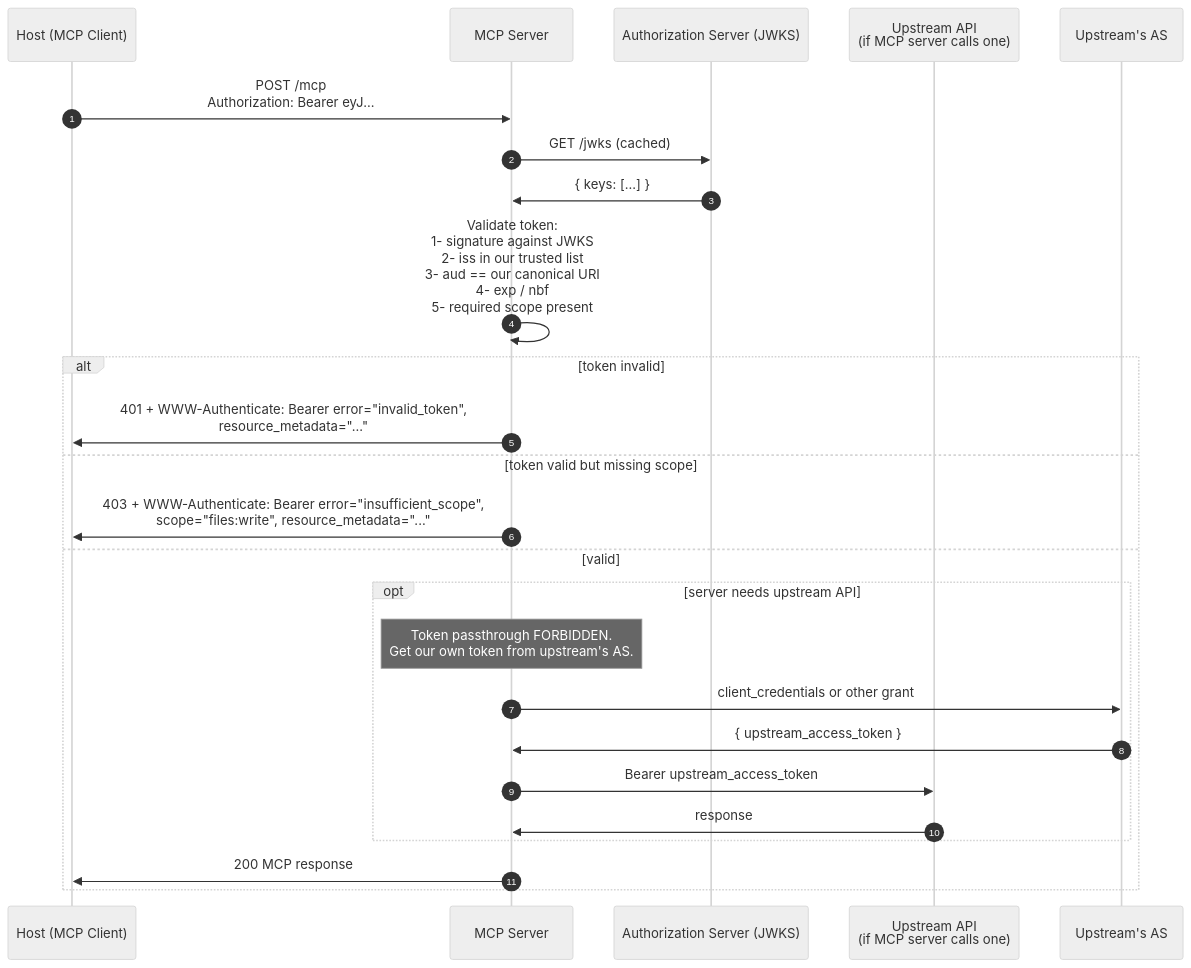
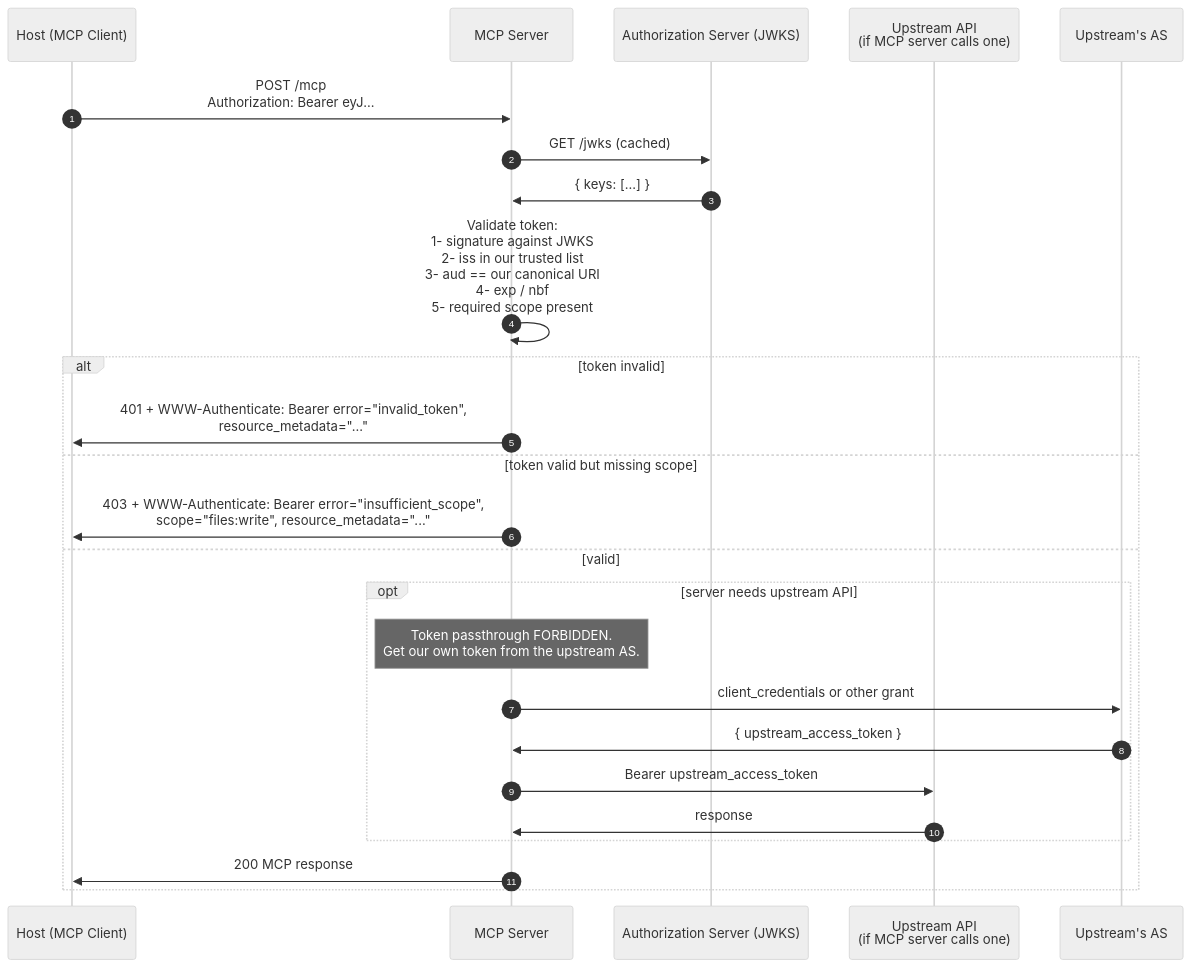
The fifth of 8 diagrams in docs/mcp/09-agent-pattern-end-to-end.md (kubiosec-agentic/oauth-deepdive), drawn with Mermaid (neutral theme) before and after one commit. The commit also changed other lines of this file, not shown here.

````diff
--- a/docs/mcp/09-agent-pattern-end-to-end.md
+++ b/docs/mcp/09-agent-pattern-end-to-end.md
@@ -367,29 +367,29 @@
 ```mermaid
 sequenceDiagram
     autonumber
     participant H as Host (MCP Client)
     participant S as MCP Server
     participant AS as Authorization Server (JWKS)
     participant Up as Upstream API<br/>(if MCP server calls one)
     participant UpAS as Upstream's AS
 
     H->>S: POST /mcp<br/>Authorization: Bearer eyJ...
     S->>AS: GET /jwks (cached)
     AS->>S: { keys: [...] }
     S->>S: Validate token:<br/>1- signature against JWKS<br/>2- iss in our trusted list<br/>3- aud == our canonical URI<br/>4- exp / nbf<br/>5- required scope present
 
     alt token invalid
         S->>H: 401 + WWW-Authenticate: Bearer error="invalid_token",<br/>resource_metadata="..."
     else token valid but missing scope
         S->>H: 403 + WWW-Authenticate: Bearer error="insufficient_scope",<br/>scope="files:write", resource_metadata="..."
     else valid
         opt server needs upstream API
-            Note over S: Token passthrough FORBIDDEN.<br/>Get our own token from upstream's AS.
+            Note over S: Token passthrough FORBIDDEN.<br/>Get our own token from the upstream AS.
             S->>UpAS: client_credentials or other grant
             UpAS->>S: { upstream_access_token }
             S->>Up: Bearer upstream_access_token
             Up->>S: response
         end
         S->>H: 200 MCP response
     end
 ```
````
